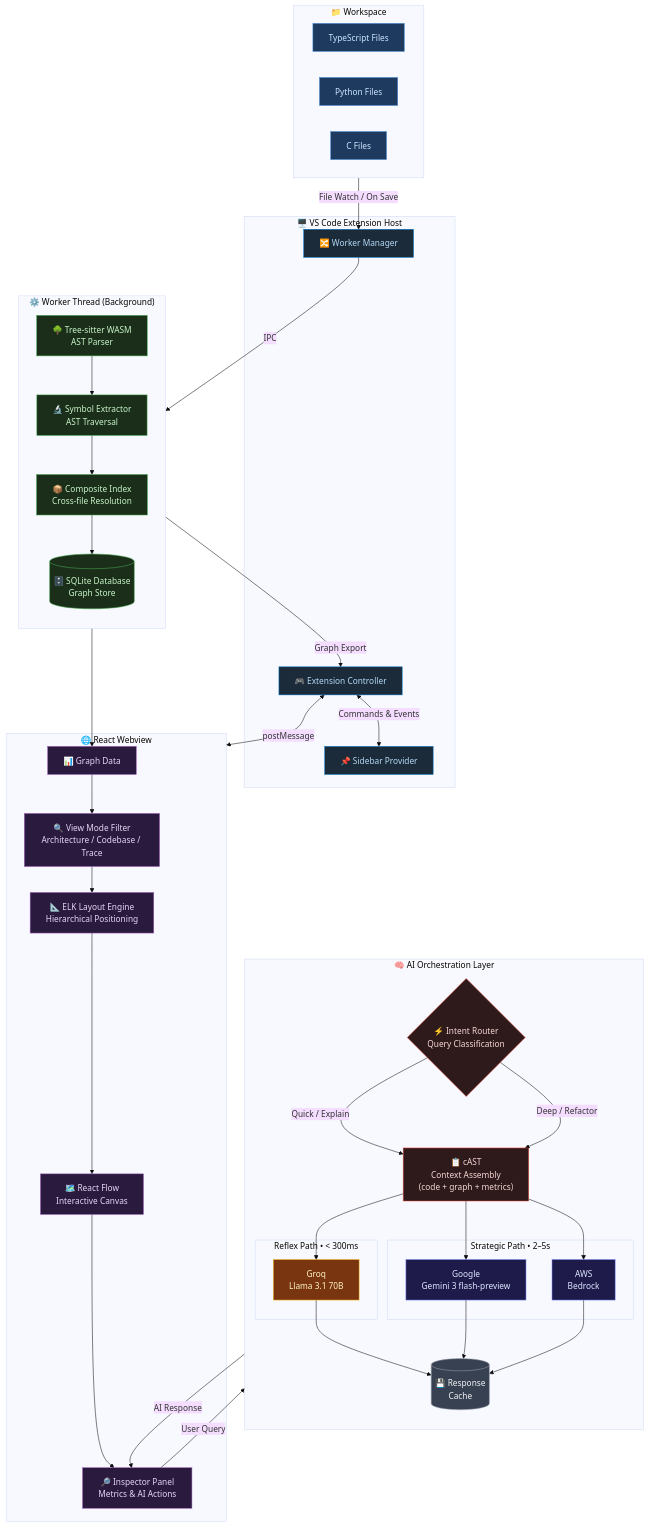
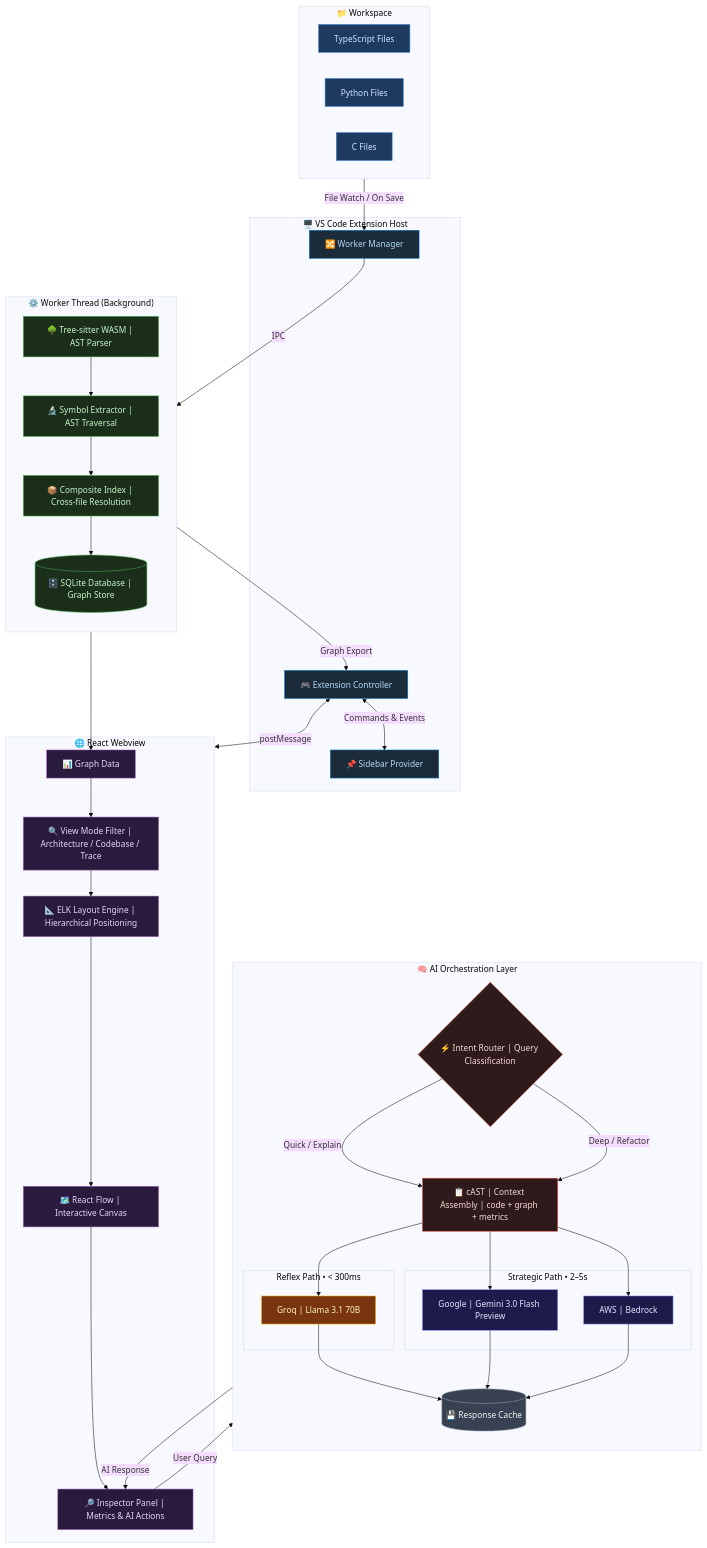
Before and after one commit to unshakensoul17/practice-git: the diagram in Readme.md, drawn with Mermaid (base theme). The commit also changed other lines of this file, not shown here.

Commit message:
Refactor Readme formatting for consistency

```diff
--- a/Readme.md
+++ b/Readme.md
@@ -140,10 +140,10 @@
 %% ── INDEXING PIPELINE ────────────────────────────────────
 subgraph WRK["⚙️ Worker Thread (Background)"]
     direction TB
-    Parser["🌳 Tree-sitter WASM\nAST Parser"]
-    Extractor["🔬 Symbol Extractor\nAST Traversal"]
-    Index["📦 Composite Index\nCross-file Resolution"]
-    DB[("🗄️ SQLite Database\nGraph Store")]
+    Parser["🌳 Tree-sitter WASM | AST Parser"]
+    Extractor["🔬 Symbol Extractor | AST Traversal"]
+    Index["📦 Composite Index | Cross-file Resolution"]
+    DB[("🗄️ SQLite Database | Graph Store")]
 
     Parser --> Extractor --> Index --> DB
 end
@@ -158,28 +158,28 @@
 %% ── VISUALIZATION PIPELINE ───────────────────────────────
 subgraph VIZ["🌐 React Webview"]
     GraphData["📊 Graph Data"]
-    Filter["🔍 View Mode Filter\nArchitecture / Codebase / Trace"]
-    ELK["📐 ELK Layout Engine\nHierarchical Positioning"]
-    ReactFlow["🗺️ React Flow\nInteractive Canvas"]
-    Inspector["🔎 Inspector Panel\nMetrics & AI Actions"]
+    Filter["🔍 View Mode Filter | Architecture / Codebase / Trace"]
+    ELK["📐 ELK Layout Engine | Hierarchical Positioning"]
+    ReactFlow["🗺️ React Flow | Interactive Canvas"]
+    Inspector["🔎 Inspector Panel | Metrics & AI Actions"]
 end
 
 %% ── AI PIPELINE ──────────────────────────────────────────
 subgraph AI["🧠 AI Orchestration Layer"]
     direction TB
-    Router{"⚡ Intent Router\nQuery Classification"}
-    cAST["📋 cAST\nContext Assembly\n(code + graph + metrics)"]
+    Router{"⚡ Intent Router | Query Classification"}
+    cAST["📋 cAST | Context Assembly | code + graph + metrics"]
 
     subgraph REFLEX["Reflex Path  •  < 300ms"]
-        Groq["Groq\nLlama 3.1 70B"]
+        Groq["Groq | Llama 3.1 70B"]
     end
 
     subgraph STRATEGIC["Strategic Path  •  2–5s"]
-        Gemini["Google\nGemini 3 flash-preview"]
-        Bedrock["AWS\nBedrock"]
+        Gemini["Google | Gemini 3.0 Flash Preview"]
+        Bedrock["AWS | Bedrock"]
     end
 
-    Cache[("💾 Response\nCache")]
+    Cache[("💾 Response Cache")]
 
     Router -->|"Quick / Explain"| cAST
     Router -->|"Deep / Refactor"| cAST
```
